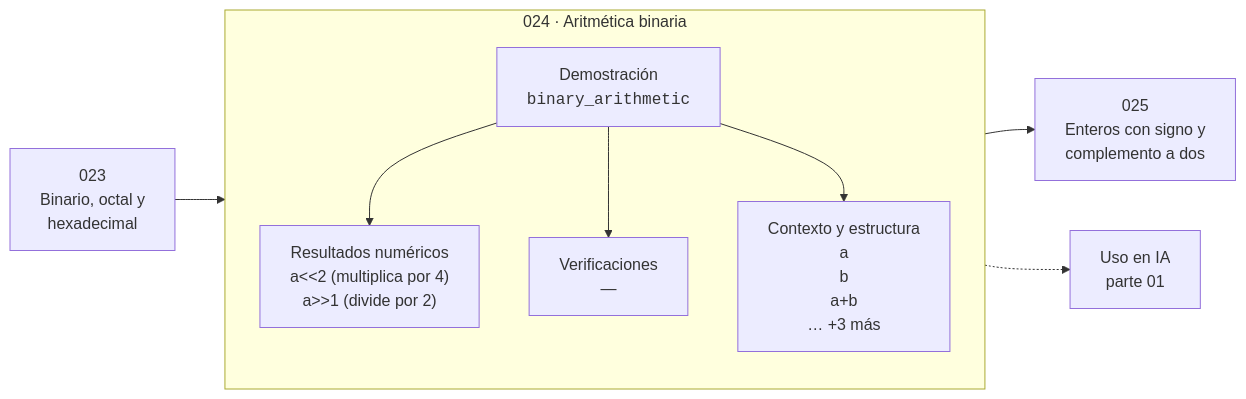
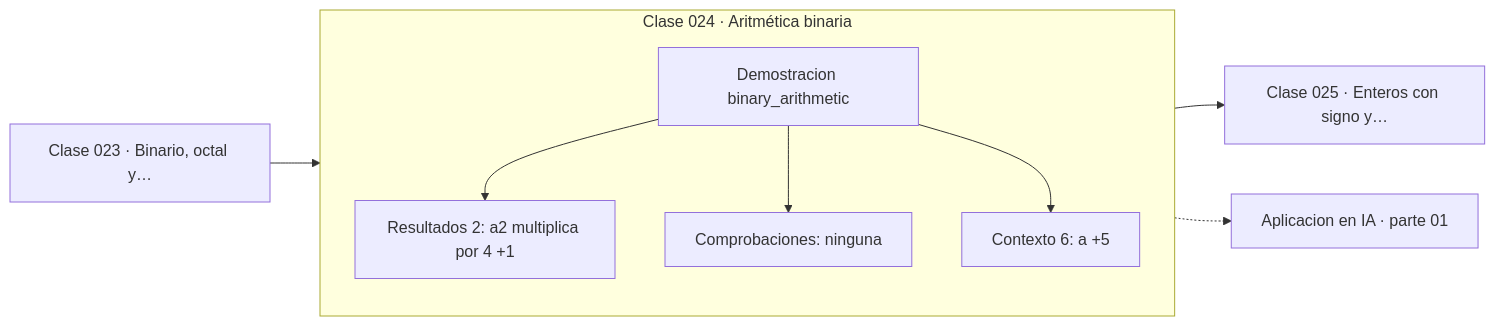
The diagram in classes/part-01-aritmetica-computacional-y-representacion-numerica/024-aritmetica-binaria/README.md (vladimiracunadev-create/computational-mathematics-program), drawn with Mermaid before and after one commit. The commit also changed 389 other files, not shown here.

First line of the commit message:
fix(diagramas): elimina el HTML de las etiquetas Mermaid

````diff
--- a/classes/part-01-aritmetica-computacional-y-representacion-numerica/024-aritmetica-binaria/README.md
+++ b/classes/part-01-aritmetica-computacional-y-representacion-numerica/024-aritmetica-binaria/README.md
@@ -36,12 +36,13 @@
 ```mermaid
 flowchart LR
-    P["023<br/>Binario, octal y<br/>hexadecimal"] --> C
-    subgraph C["024 · Aritmética binaria"]
+    P["Clase 023 · Binario, octal y…"] --> D
+    subgraph CLASE["Clase 024 · Aritmética binaria"]
         direction TB
-        D["Demostración<br/><code>binary_arithmetic</code>"] --> R["Resultados numéricos<br/>a<<2 (multiplica por 4)<br/>a>>1 (divide por 2)"]
-        D --> V["Verificaciones<br/>—"]
-        D --> O["Contexto y estructura<br/>a<br/>b<br/>a+b<br/>… +3 más"]
+        D["Demostracion binary_arithmetic"]
+        D --> R["Resultados 2: a2 multiplica por 4 +1"]
+        D --> V["Comprobaciones: ninguna"]
+        D --> O["Contexto 6: a +5"]
     end
-    C --> N["025<br/>Enteros con signo y<br/>complemento a dos"]
-    C -.-> IA["Uso en IA<br/>parte 01"]
+    R --> N["Clase 025 · Enteros con signo y…"]
+    V -.-> IA["Aplicacion en IA · parte 01"]
 ```
````
